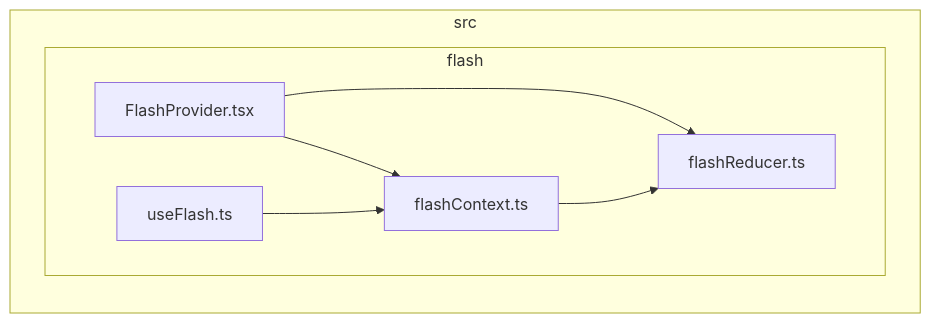
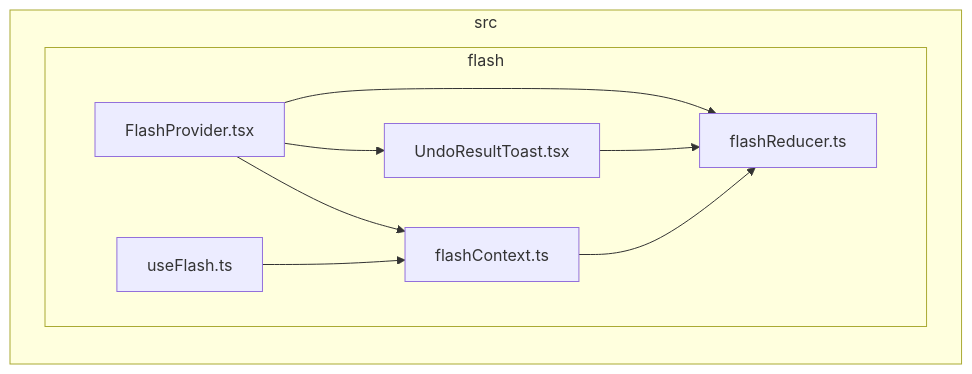
The diagram in docs/architecture/generated/front-modules/flash.md (GonzaloZevallos/apostrophe), drawn with Mermaid before and after one commit. The commit also changed 1 other file, not shown here.

Commit message:
chore(docs): regenerate [skip ci]

````diff
--- a/docs/architecture/generated/front-modules/flash.md
+++ b/docs/architecture/generated/front-modules/flash.md
@@ -7,15 +7,18 @@
 ```mermaid
 flowchart LR
 subgraph src["src"]
   subgraph src_flash["flash"]
     src_flash_FlashProvider_tsx["FlashProvider.tsx"]
+    src_flash_UndoResultToast_tsx["UndoResultToast.tsx"]
     src_flash_flashContext_ts["flashContext.ts"]
     src_flash_flashReducer_ts["flashReducer.ts"]
     src_flash_useFlash_ts["useFlash.ts"]
   end
 end
+src_flash_FlashProvider_tsx-->src_flash_UndoResultToast_tsx
 src_flash_FlashProvider_tsx-->src_flash_flashContext_ts
 src_flash_FlashProvider_tsx-->src_flash_flashReducer_ts
+src_flash_UndoResultToast_tsx-->src_flash_flashReducer_ts
 src_flash_flashContext_ts-->src_flash_flashReducer_ts
 src_flash_useFlash_ts-->src_flash_flashContext_ts
 ```
````
